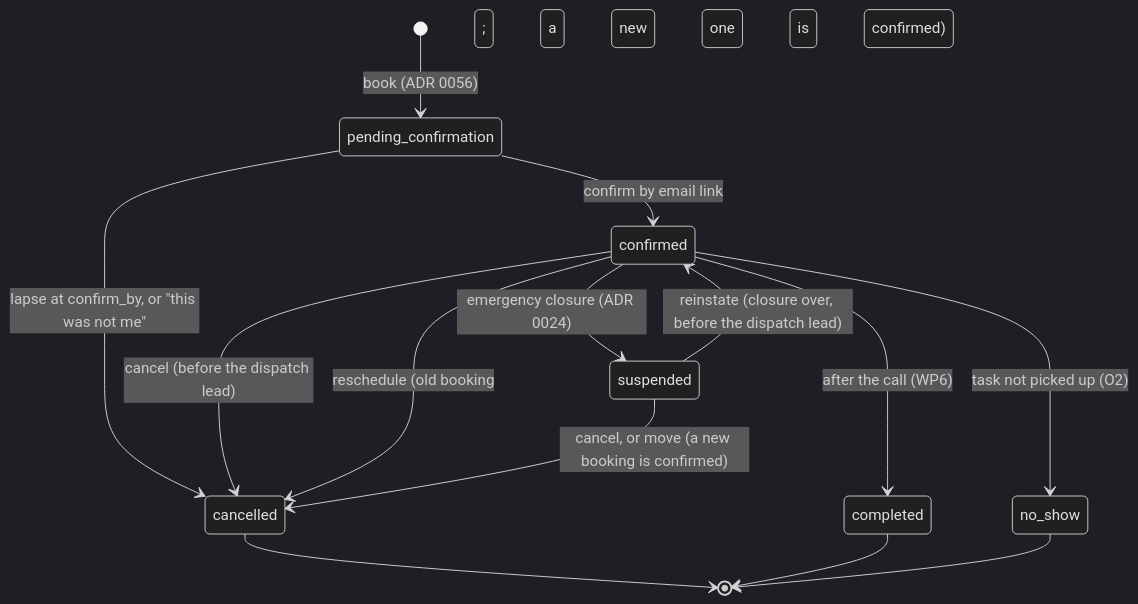
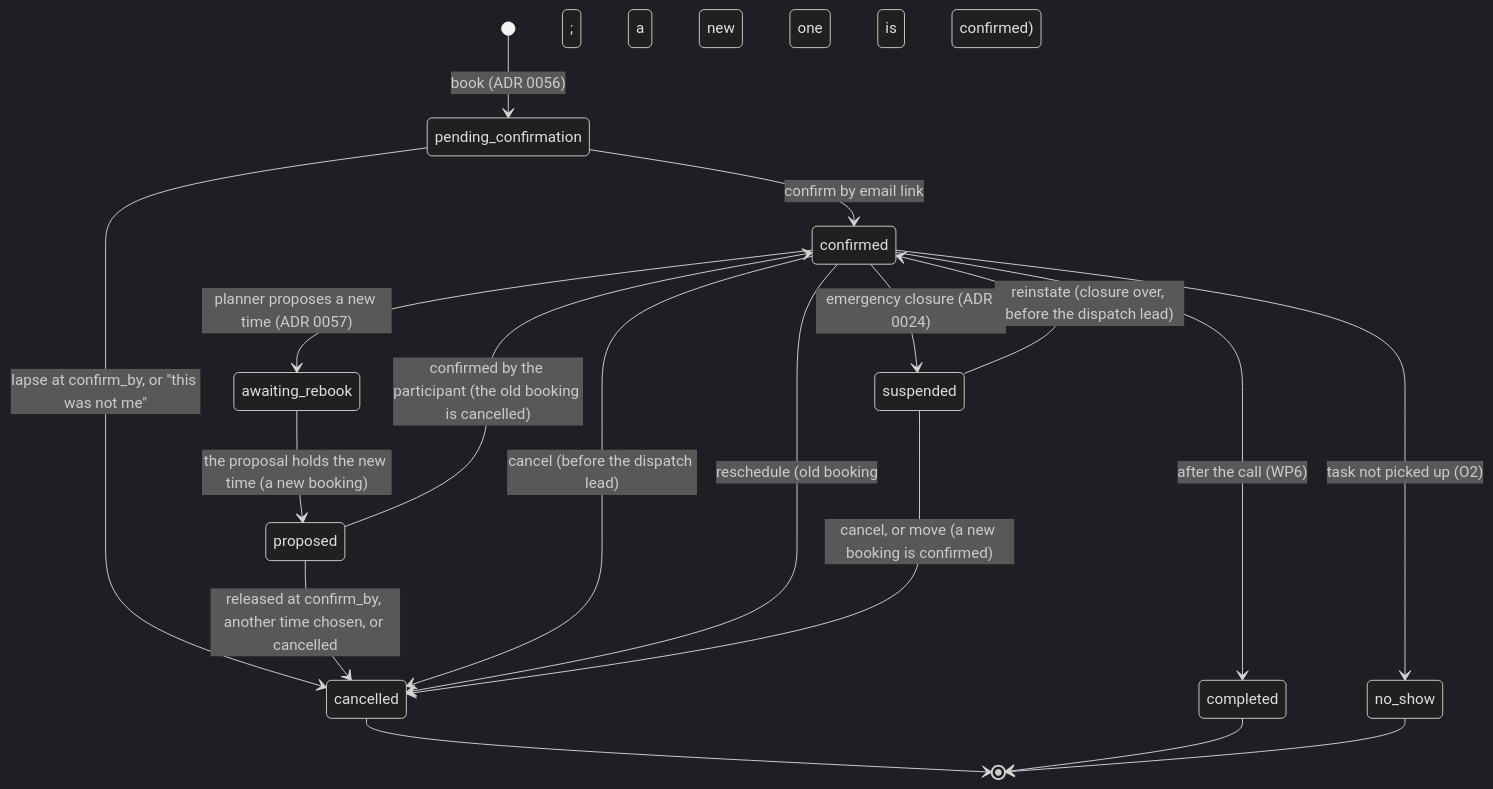
One commit to 3Corners-Labs/OpenPlanner changed diagram 11 of 14 in docs/architecture.md. Above: the diagram before and after it, drawn with Mermaid (dark theme). The commit also changed 31 other files, not shown here.

````diff
--- a/docs/architecture.md
+++ b/docs/architecture.md
@@ -567,16 +567,20 @@
 ```mermaid
 stateDiagram-v2
     [*] --> pending_confirmation: book (ADR 0056)
     pending_confirmation --> confirmed: confirm by email link
     pending_confirmation --> cancelled: lapse at confirm_by, or "this was not me"
+    confirmed --> awaiting_rebook: planner proposes a new time (ADR 0057)
+    awaiting_rebook --> proposed: the proposal holds the new time (a new booking)
+    proposed --> confirmed: confirmed by the participant (the old booking is cancelled)
+    proposed --> cancelled: released at confirm_by, another time chosen, or cancelled
     confirmed --> cancelled: cancel (before the dispatch lead)
     confirmed --> cancelled: reschedule (old booking; a new one is confirmed)
     confirmed --> completed: after the call (WP6)
     confirmed --> no_show: task not picked up (O2)
     confirmed --> suspended: emergency closure (ADR 0024)
     suspended --> confirmed: reinstate (closure over, before the dispatch lead)
     suspended --> cancelled: cancel, or move (a new booking is confirmed)
     cancelled --> [*]
     completed --> [*]
     no_show --> [*]
 ```
````
